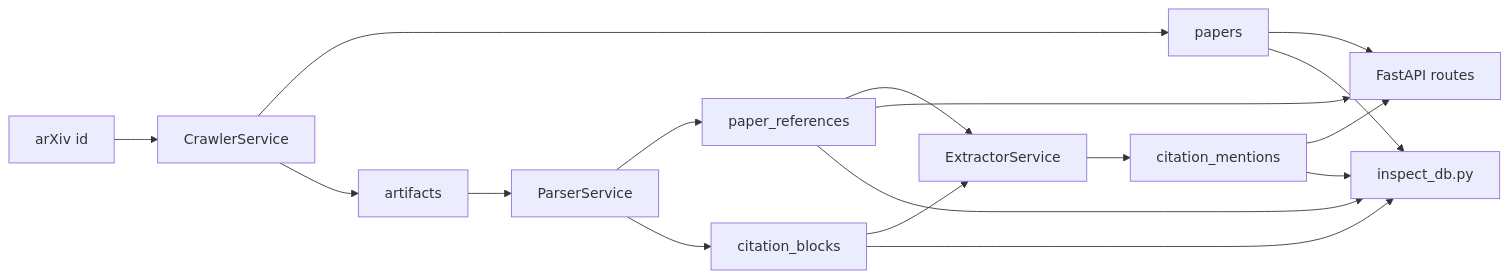
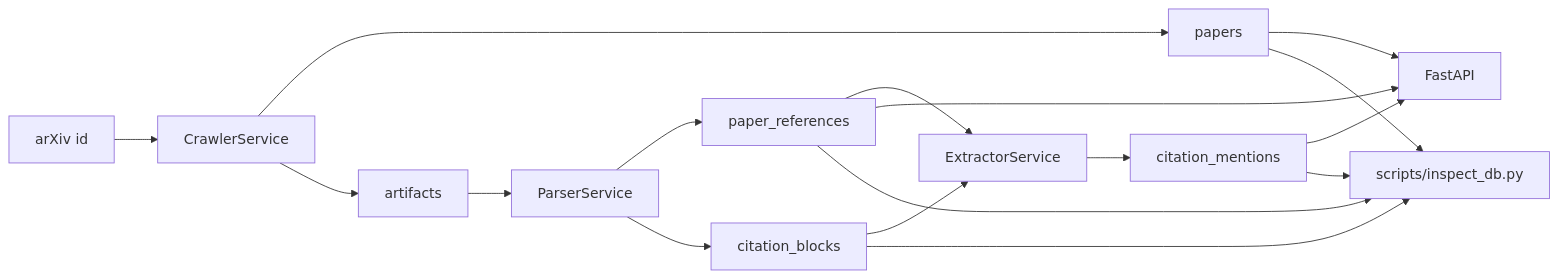
The first of 2 diagrams in ARCHITECTURE.md (vegaction/next_briefgpt), drawn with Mermaid before and after one commit. The commit also changed other lines of this file and 12 other files, not shown here.

````diff
--- a/ARCHITECTURE.md
+++ b/ARCHITECTURE.md
@@ -19,19 +21,19 @@
 ```mermaid
 flowchart LR
     A["arXiv id"] --> B["CrawlerService"]
     B --> C["papers"]
     B --> D["artifacts"]
     D --> E["ParserService"]
     E --> F["paper_references"]
     E --> G["citation_blocks"]
-    G --> H["ExtractorService"]
-    F --> H
+    F --> H["ExtractorService"]
+    G --> H
     H --> I["citation_mentions"]
-    C --> J["FastAPI routes"]
+    C --> J["FastAPI"]
     F --> J
     I --> J
-    C --> K["inspect_db.py"]
+    C --> K["scripts/inspect_db.py"]
     F --> K
     G --> K
     I --> K
 ```
````
